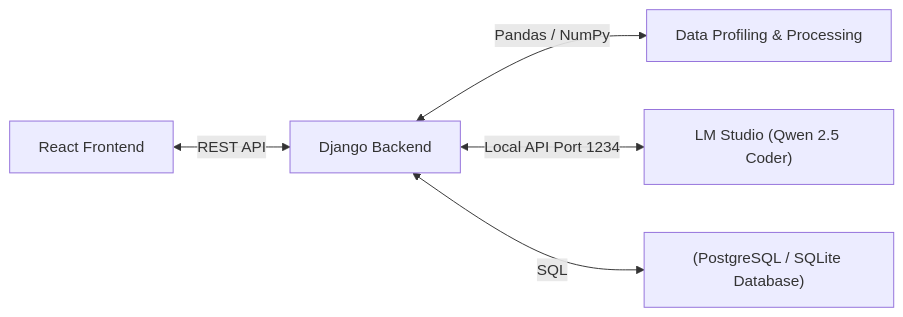
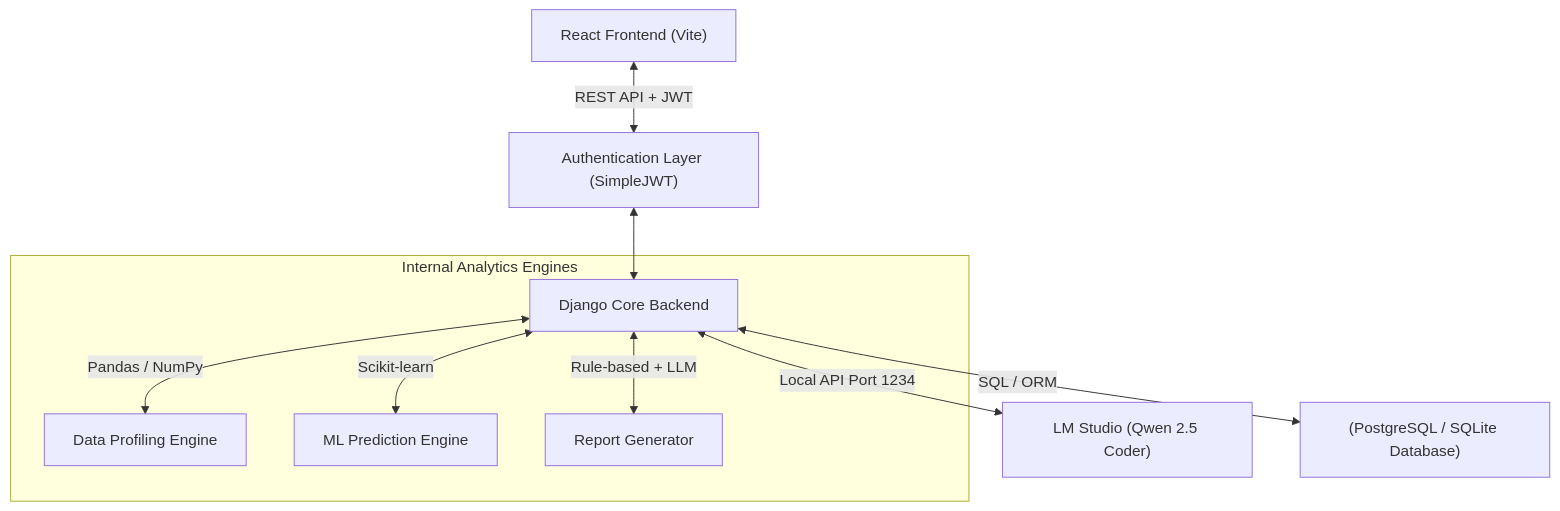
The diagram in doc/reference/backend-architecture.md (arththakkar1/insight-flow-web-app), drawn with Mermaid before and after one commit. The commit also changed 3 other files, not shown here.

````diff
--- a/doc/reference/backend-architecture.md
+++ b/doc/reference/backend-architecture.md
@@ -9,7 +9,14 @@
 ```mermaid
-graph LR
-    A["React Frontend"] <-->|"REST API"| B["Django Backend"]
-    B <-->|"Pandas / NumPy"| C["Data Profiling & Processing"]
+graph TD
+    A["React Frontend (Vite)"] <-->|"REST API + JWT"| Auth["Authentication Layer (SimpleJWT)"]
+    Auth <--> B["Django Core Backend"]
+    
+    subgraph "Internal Analytics Engines"
+        B <-->|"Pandas / NumPy"| C["Data Profiling Engine"]
+        B <-->|"Scikit-learn"| ML["ML Prediction Engine"]
+        B <-->|"Rule-based + LLM"| R["Report Generator"]
+    end
+    
     B <-->|"Local API Port 1234"| D["LM Studio (Qwen 2.5 Coder)"]
-    B <-->|"SQL"| E["(PostgreSQL / SQLite Database)"]
+    B <-->|"SQL / ORM"| E["(PostgreSQL / SQLite Database)"]
 ```
````
